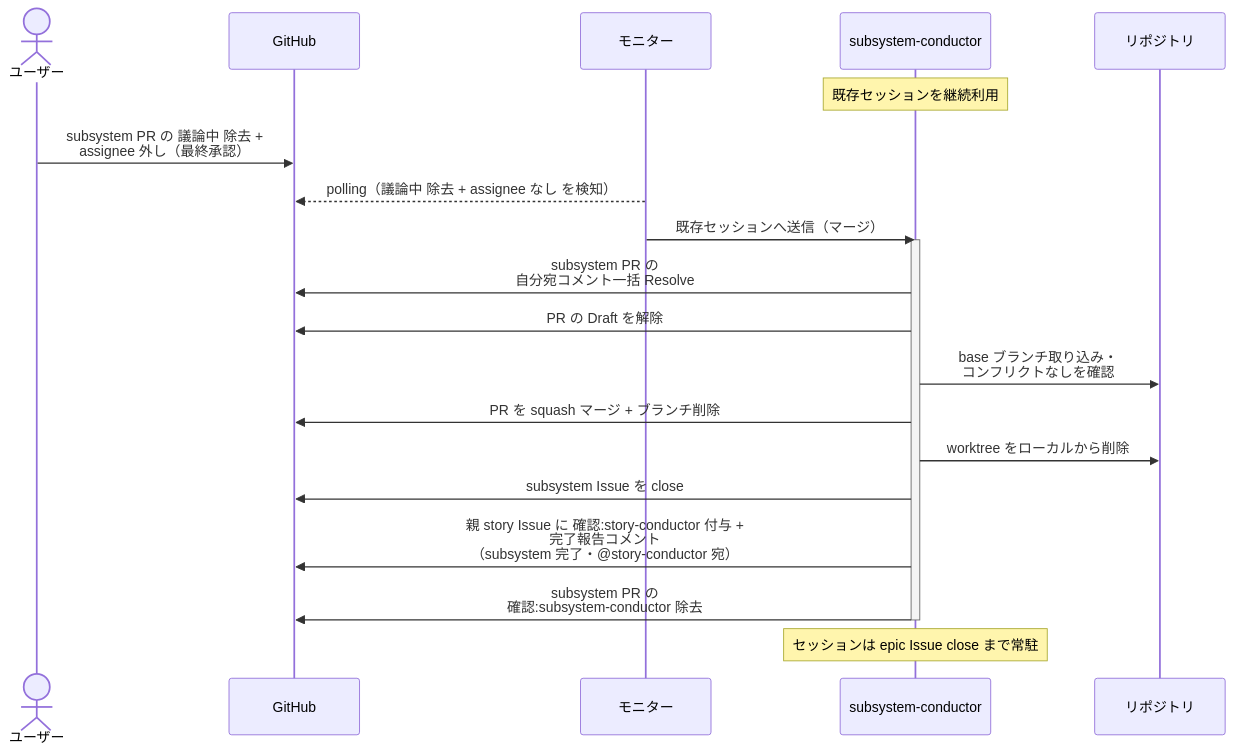
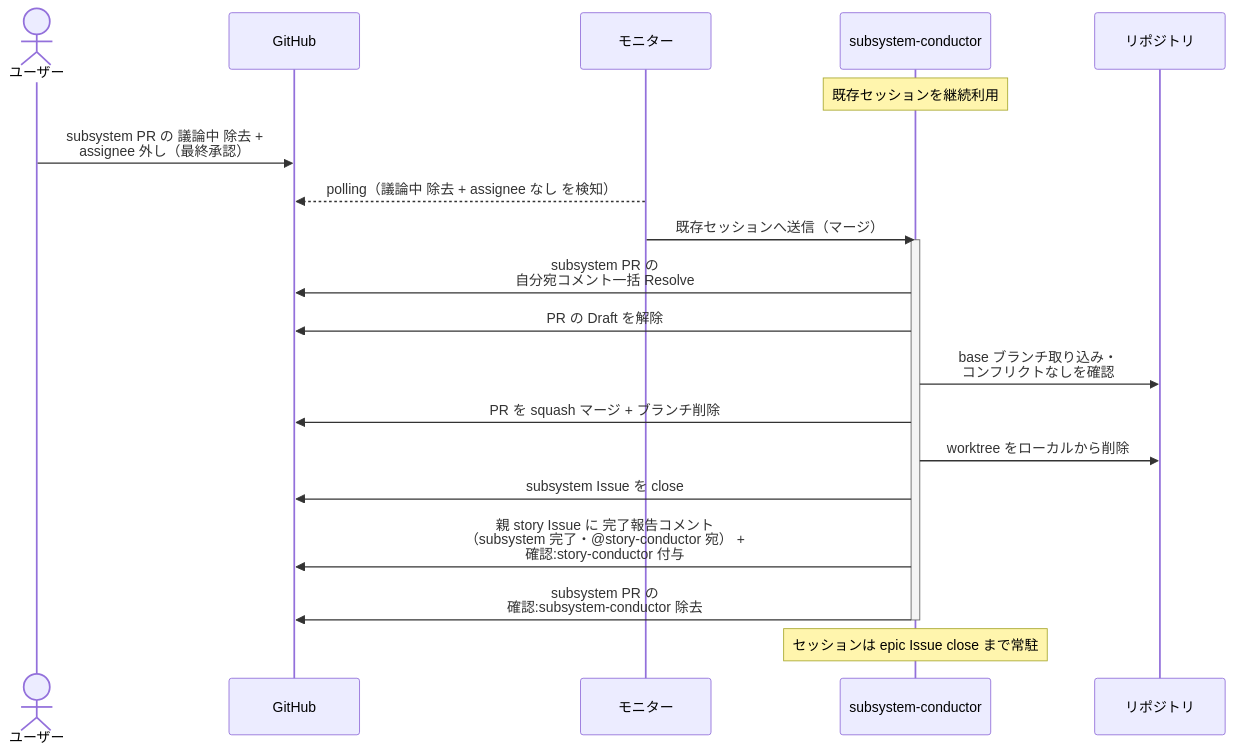
The first of 6 diagrams in docs/wiki/設計図/シナリオ/単一ユースケース/マージ.md (shuhei1101/ai-monitor), drawn with Mermaid before and after one commit. The commit also changed other lines of this file and 29 other files, not shown here.

````diff
--- a/docs/wiki/設計図/シナリオ/単一ユースケース/マージ.md
+++ b/docs/wiki/設計図/シナリオ/単一ユースケース/マージ.md
@@ -28,24 +28,24 @@
 ```mermaid
 sequenceDiagram
   actor U as ユーザー
   participant GH as GitHub
   participant ORC as モニター
   participant MON as subsystem-conductor
   participant REPO as リポジトリ
 
   Note over MON: 既存セッションを継続利用
   U->>GH: subsystem PR の 議論中 除去 +<br>assignee 外し（最終承認）
   ORC-->>GH: polling（議論中 除去 + assignee なし を検知）
   ORC->>MON: 既存セッションへ送信（マージ）
   activate MON
   MON->>GH: subsystem PR の<br>自分宛コメント一括 Resolve
   MON->>GH: PR の Draft を解除
   MON->>REPO: base ブランチ取り込み・<br>コンフリクトなしを確認
   MON->>GH: PR を squash マージ + ブランチ削除
   MON->>REPO: worktree をローカルから削除
   MON->>GH: subsystem Issue を close
-  MON->>GH: 親 story Issue に 確認:story-conductor 付与 +<br>完了報告コメント<br>（subsystem 完了・@story-conductor 宛）
+  MON->>GH: 親 story Issue に 完了報告コメント<br>（subsystem 完了・@story-conductor 宛） +<br>確認:story-conductor 付与
   MON->>GH: subsystem PR の<br>確認:subsystem-conductor 除去
   deactivate MON
   Note over MON: セッションは epic Issue close まで常駐
 ```
````
